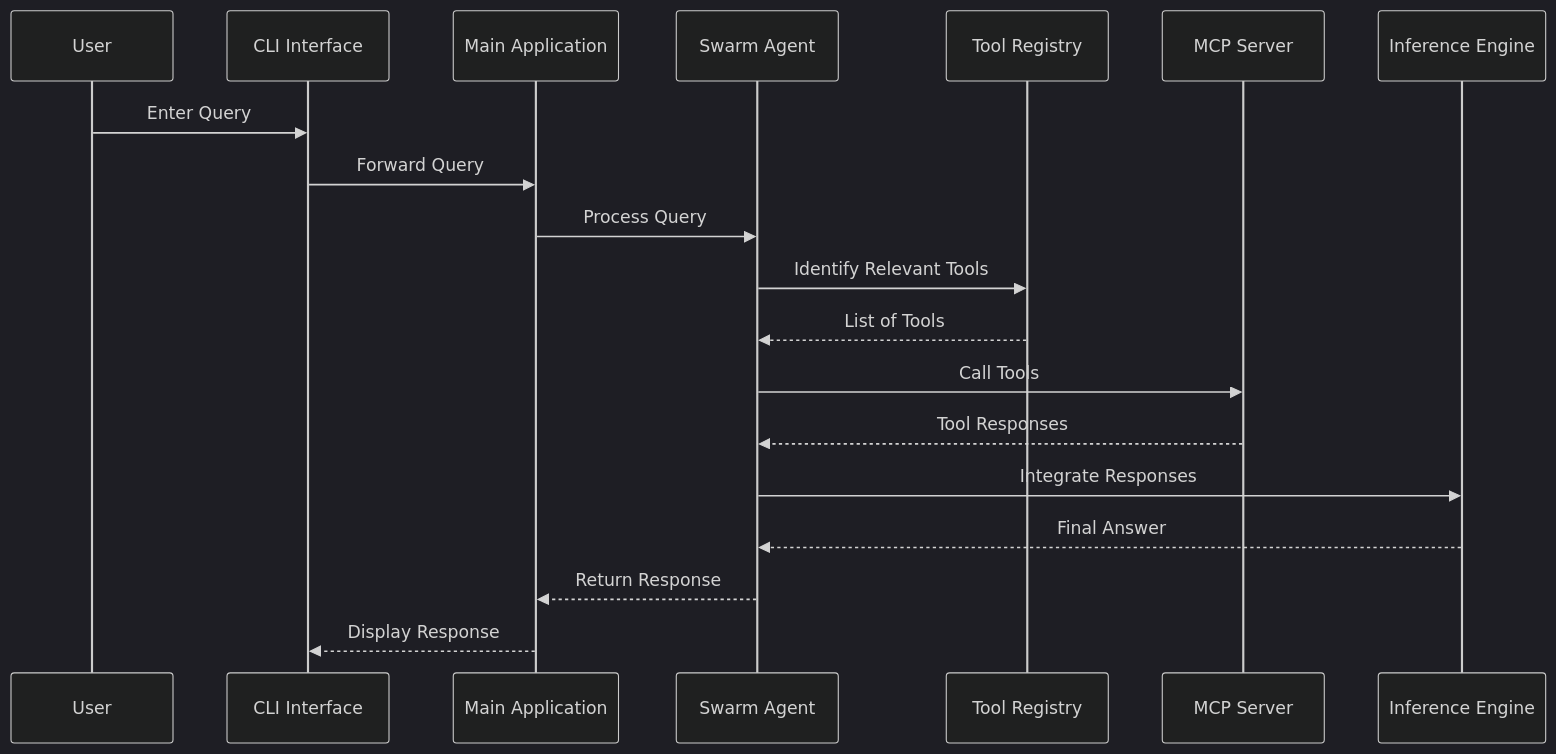
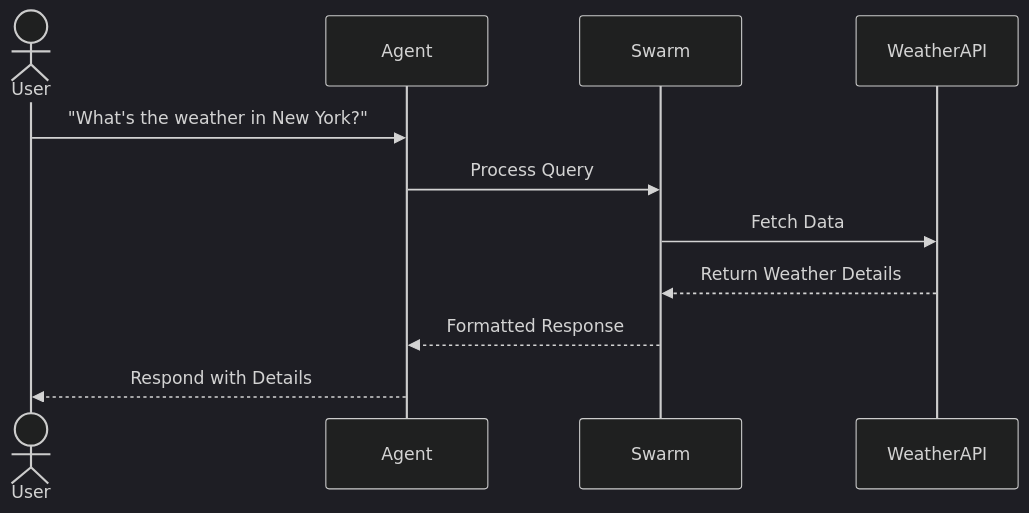
Before and after one commit to mkc909/open-swarm-mcp: the third of 4 diagrams in DEVELOPMENT.md, drawn with Mermaid (dark theme). The commit also changed other lines of this file and 4 other files, not shown here.

Commit message:
Updated documentation, added redaction for sensitive config values, and modified mcp_server_config.json

````diff
--- a/DEVELOPMENT.md
+++ b/DEVELOPMENT.md
@@ -101,22 +71,14 @@
 ```mermaid
 sequenceDiagram
-    participant User as User
-    participant CLI as CLI Interface
-    participant MainApp as Main Application
-    participant Agent as Swarm Agent
-    participant ToolRegistry as Tool Registry
-    participant MCPServer as MCP Server
-    participant Inference as Inference Engine
+    actor User
+    participant Agent
+    participant Swarm
+    participant WeatherAPI
 
-    User ->> CLI: Enter Query
-    CLI ->> MainApp: Forward Query
-    MainApp ->> Agent: Process Query
-    Agent ->> ToolRegistry: Identify Relevant Tools
-    ToolRegistry -->> Agent: List of Tools
-    Agent ->> MCPServer: Call Tools
-    MCPServer -->> Agent: Tool Responses
-    Agent ->> Inference: Integrate Responses
-    Inference -->> Agent: Final Answer
-    Agent -->> MainApp: Return Response
-    MainApp -->> CLI: Display Response
+    User ->> Agent: "What's the weather in New York?"
+    Agent ->> Swarm: Process Query
+    Swarm ->> WeatherAPI: Fetch Data
+    WeatherAPI -->> Swarm: Return Weather Details
+    Swarm -->> Agent: Formatted Response
+    Agent -->> User: Respond with Details
 ```
````
